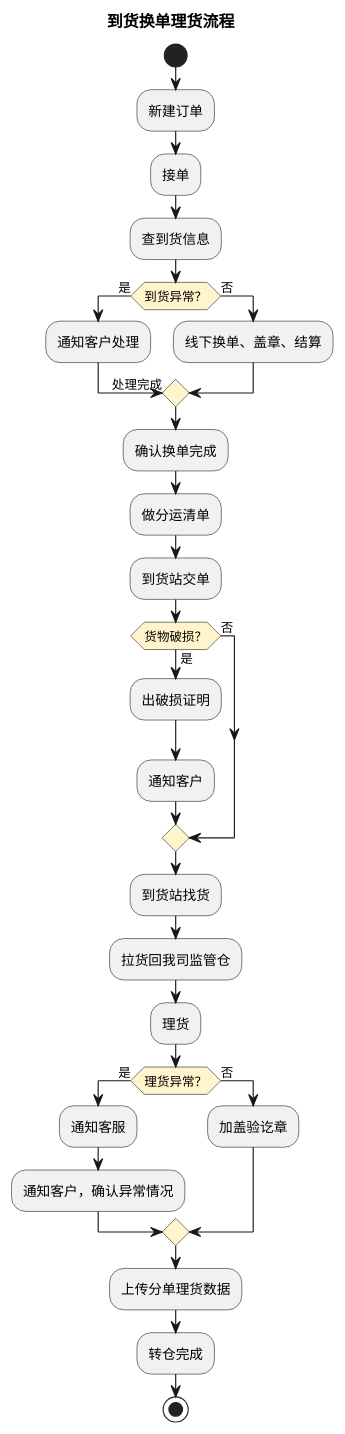
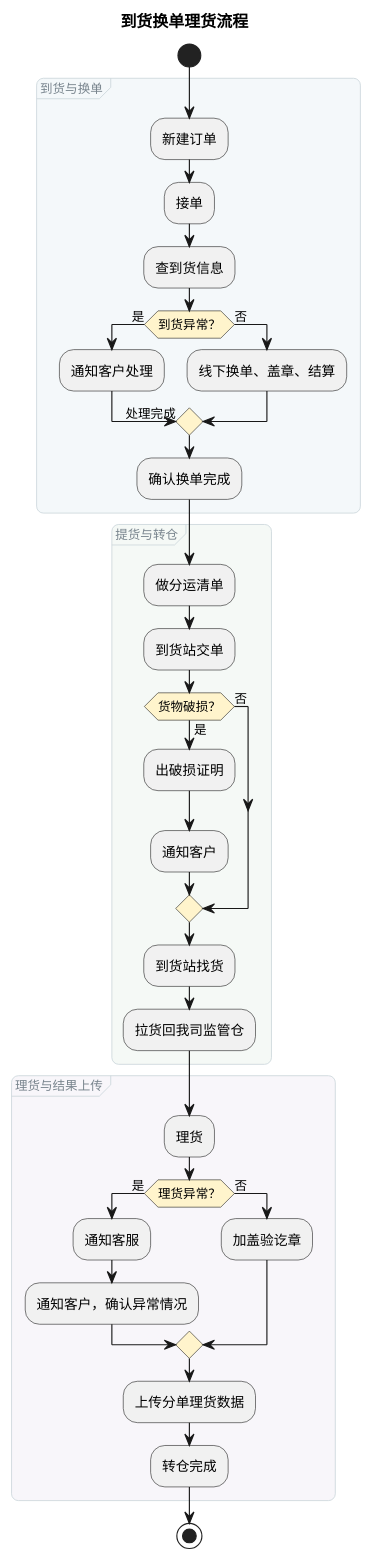
One commit to jack888332/projects-doc changed the fifth of 10 diagrams in product-caliber/goldjet/segmented-prd/mainflow/PRD.高捷物流系统一期.主流程.03.普货进出口关务详细流程.md. Above: the diagram before and after it, drawn with PlantUML. The commit also changed other lines of this file and 16 other files, not shown here.

Commit message:
给DSL图分组

````diff
--- a/product-caliber/goldjet/segmented-prd/mainflow/PRD.高捷物流系统一期.主流程.03.普货进出口关务详细流程.md
+++ b/product-caliber/goldjet/segmented-prd/mainflow/PRD.高捷物流系统一期.主流程.03.普货进出口关务详细流程.md
@@ -129,36 +165,54 @@
 ```plantuml
 @startuml
 skinparam activityDiamondBackgroundColor #FFF4CC
+<style>
+activityDiagram {
+  group {
+    LineColor #CAD5DA
+    LineThickness 0.7
+    RoundCorner 12
+    FontColor #78848D
+    FontSize 11
+    FontStyle plain
+  }
+}
+</style>
 title 到货换单理货流程
 start
+group 到货与换单 #F4F8FA {
 :新建订单;
 :接单;
 :查到货信息;
 if (到货异常？) then (是)
   :通知客户处理;
   -> 处理完成;
 else (否)
   :线下换单、盖章、结算;
 endif
 :确认换单完成;
+}
+group 提货与转仓 #F5F9F6 {
 :做分运清单;
 :到货站交单;
 if (货物破损？) then (是)
   :出破损证明;
   :通知客户;
 else (否)
 endif
 :到货站找货;
 :拉货回我司监管仓;
+}
+group 理货与结果上传 #F8F6FA {
 :理货;
 if (理货异常？) then (是)
   :通知客服;
   :通知客户，确认异常情况;
 else (否)
   :加盖验讫章;
 endif
 :上传分单理货数据;
 :转仓完成;
+}
 stop
 @enduml
 ```
````
